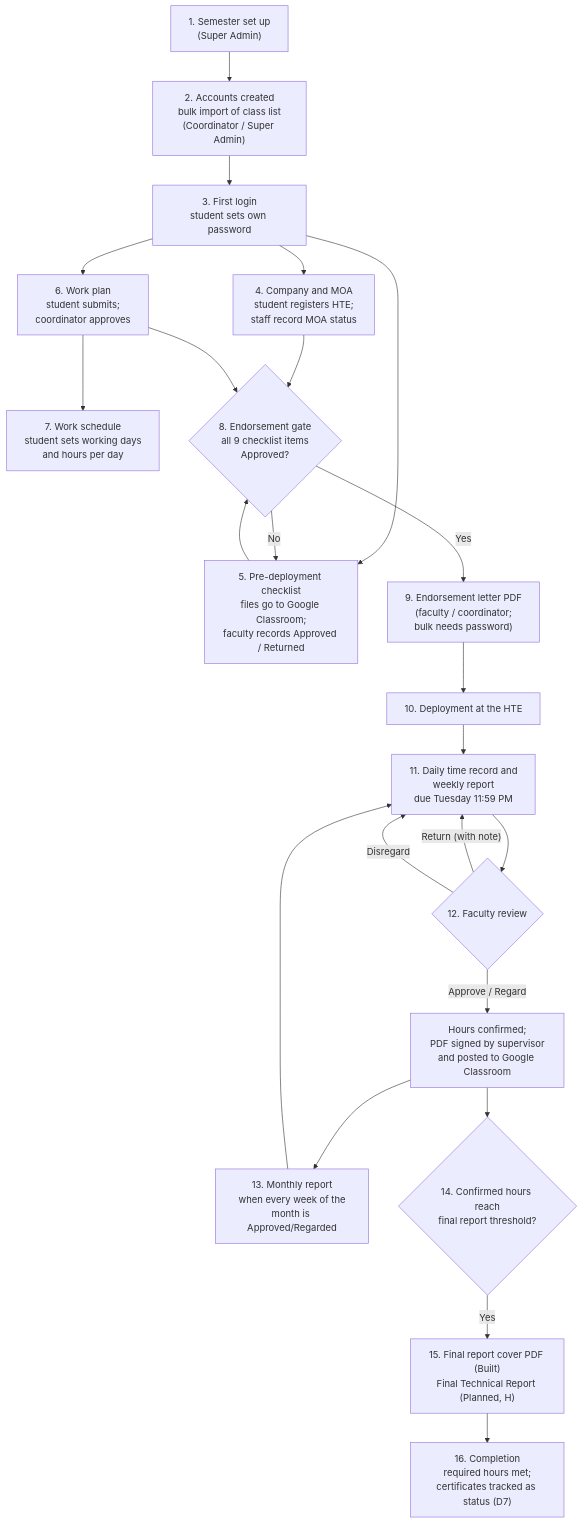
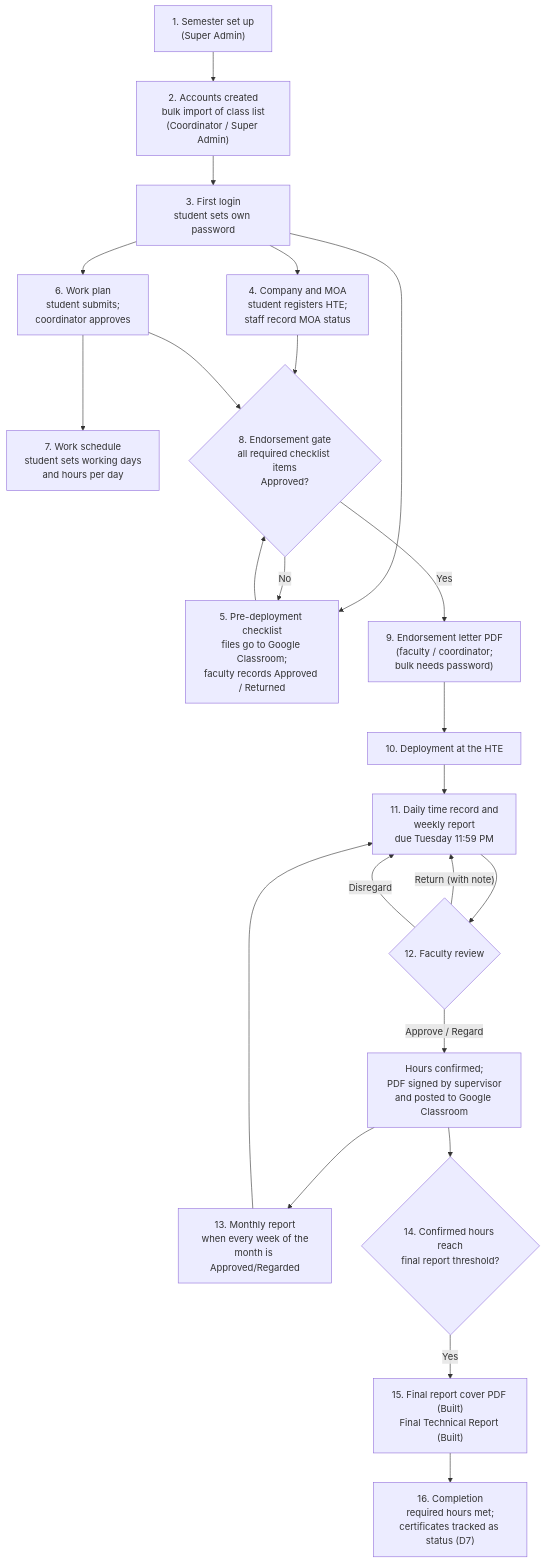
Before and after one commit to team-beacon-slu/idsms-cis: the diagram in docs/system/02-internship-lifecycle.md, drawn with Mermaid. The commit also changed other lines of this file and 21 other files, not shown here.

````diff
--- a/docs/system/02-internship-lifecycle.md
+++ b/docs/system/02-internship-lifecycle.md
@@ -11,27 +11,27 @@
 ```mermaid
 flowchart TD
     A["1. Semester set up<br/>(Super Admin)"] --> B["2. Accounts created<br/>bulk import of class list<br/>(Coordinator / Super Admin)"]
     B --> C["3. First login<br/>student sets own password"]
     C --> D["4. Company and MOA<br/>student registers HTE;<br/>staff record MOA status"]
     C --> E["5. Pre-deployment checklist<br/>files go to Google Classroom;<br/>faculty records Approved / Returned"]
     C --> F["6. Work plan<br/>student submits;<br/>coordinator approves"]
     F --> G["7. Work schedule<br/>student sets working days<br/>and hours per day"]
-    D --> H{"8. Endorsement gate<br/>all 9 checklist items<br/>Approved?"}
+    D --> H{"8. Endorsement gate<br/>all required checklist items<br/>Approved?"}
     E --> H
     F --> H
     H -- "No" --> E
     H -- "Yes" --> I["9. Endorsement letter PDF<br/>(faculty / coordinator;<br/>bulk needs password)"]
     I --> J["10. Deployment at the HTE"]
     J --> K["11. Daily time record and<br/>weekly report<br/>due Tuesday 11:59 PM"]
     K --> L{"12. Faculty review"}
     L -- "Return (with note)" --> K
     L -- "Disregard" --> K
     L -- "Approve / Regard" --> M["Hours confirmed;<br/>PDF signed by supervisor<br/>and posted to Google Classroom"]
     M --> N["13. Monthly report<br/>when every week of the<br/>month is Approved/Regarded"]
     N --> K
     M --> O{"14. Confirmed hours reach<br/>final report threshold?"}
-    O -- "Yes" --> P["15. Final report cover PDF (Built)<br/>Final Technical Report (Planned, H)"]
+    O -- "Yes" --> P["15. Final report cover PDF (Built)<br/>Final Technical Report (Built)"]
     P --> Q["16. Completion<br/>required hours met;<br/>certificates tracked as status (D7)"]
 
     classDef planned stroke-dasharray: 5 5;
 ```
````
